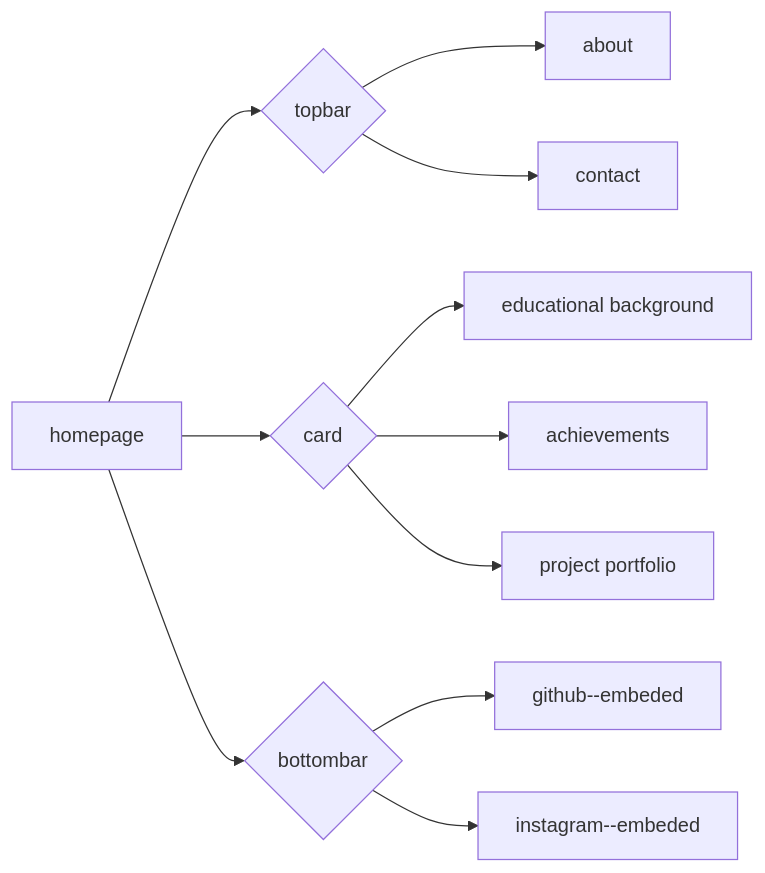
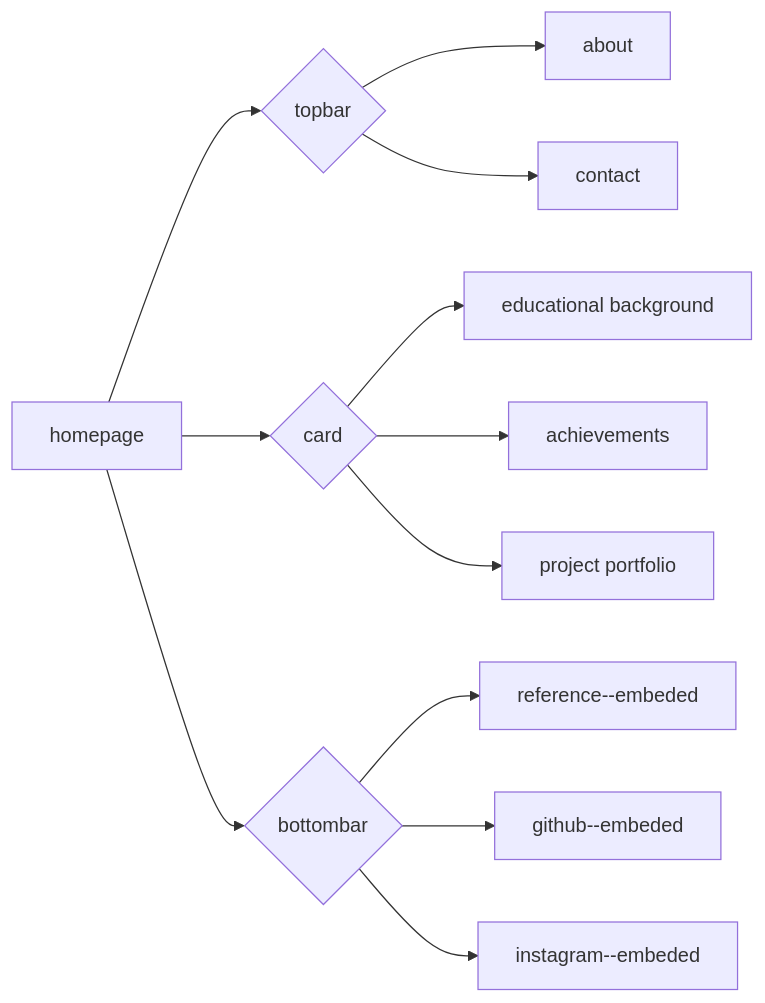
Before and after one commit to Alonza0314/alonza0314.github.io: the diagram in README.md, drawn with Mermaid. The commit also changed other lines of this file, not shown here.

Commit message:
update via git

````diff
--- a/README.md
+++ b/README.md
@@ -28,16 +28,17 @@
 ```mermaid
 graph LR;
     A[homepage] --> B{topbar};
     A --> C{card};
     A --> D{bottombar};
 
     B --> BA[about];
     B --> BB[contact];
 
     C --> CA[educational background];
     C --> CB[achievements];
     C --> CC[project portfolio];
 
-    D --> DA[github--embeded]
-    D --> DB[instagram--embeded]
+    D --> DA[reference--embeded]
+    D --> DB[github--embeded]
+    D --> DC[instagram--embeded]
 ```
````
